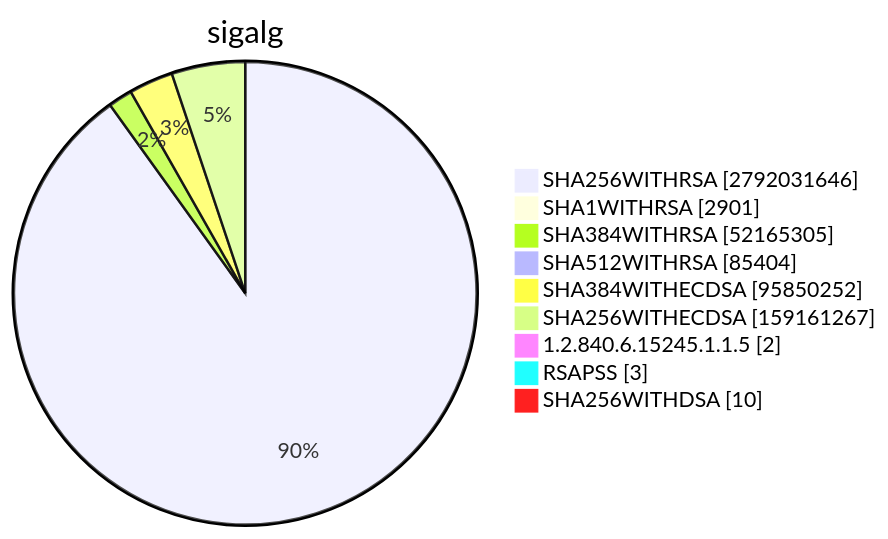
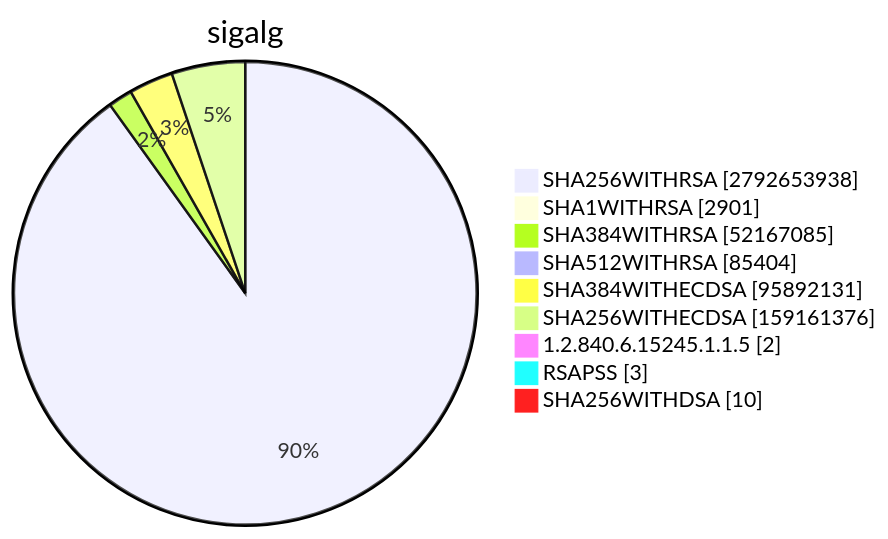
One commit to christiankrug/ctmonitor_visualization changed diagram 15 of 15 in TOTAL/README.md. Above: the diagram before and after it, drawn with Mermaid. The commit also changed other lines of this file, not shown here.

````diff
--- a/TOTAL/README.md
+++ b/TOTAL/README.md
@@ -6205,13 +6205,13 @@
 ```mermaid
 pie showData
 title sigalg
-"SHA256WITHRSA" :2792031646
+"SHA256WITHRSA" :2792653938
 "SHA1WITHRSA" :2901
-"SHA384WITHRSA" :52165305
+"SHA384WITHRSA" :52167085
 "SHA512WITHRSA" :85404
-"SHA384WITHECDSA" :95850252
-"SHA256WITHECDSA" :159161267
+"SHA384WITHECDSA" :95892131
+"SHA256WITHECDSA" :159161376
 "1.2.840.6.15245.1.1.5" :2
 "RSAPSS" :3
 "SHA256WITHDSA" :10
 ```
````
